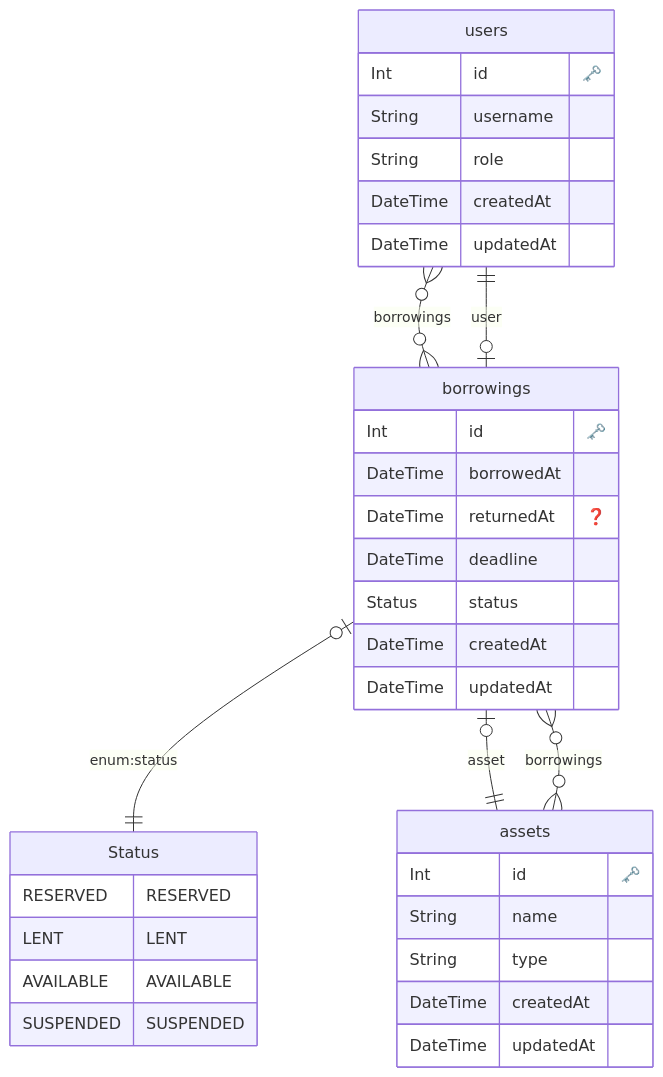
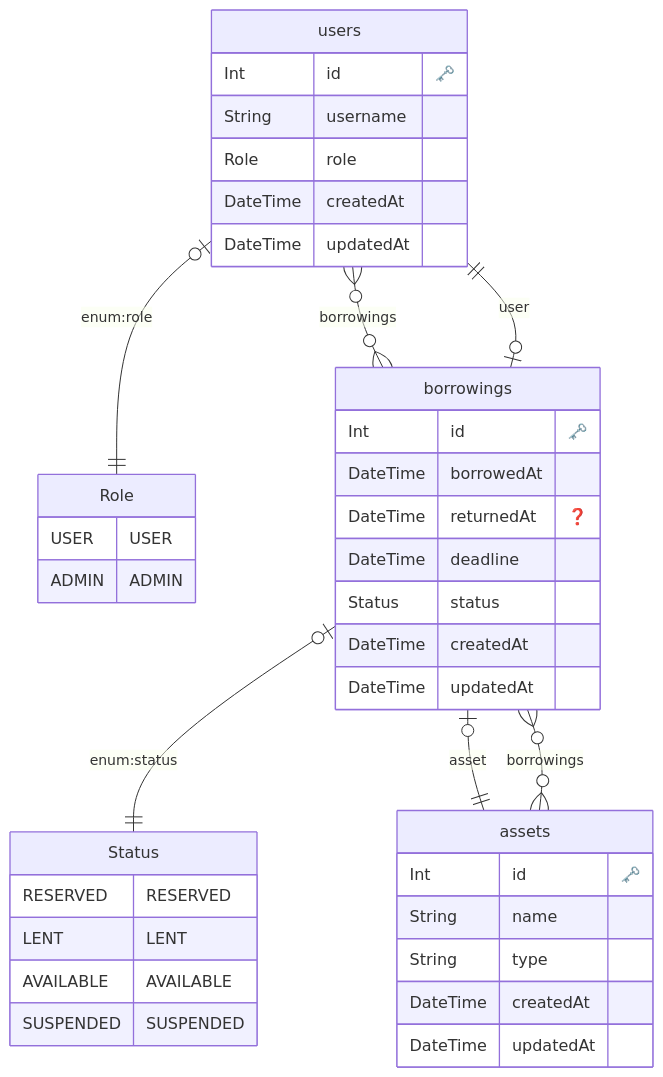
The diagram in src/prisma/scheme.md (Yuki-Maeda-valour/asset-manager), drawn with Mermaid before and after one commit. The commit also changed 3 other files, not shown here.

````diff
--- a/src/prisma/scheme.md
+++ b/src/prisma/scheme.md
@@ -1,44 +1,52 @@
 ```mermaid
 erDiagram
 
         Status {
             RESERVED RESERVED
 LENT LENT
 AVAILABLE AVAILABLE
 SUSPENDED SUSPENDED
         }
     
+
+
+        Role {
+            USER USER
+ADMIN ADMIN
+        }
+    
   "users" {
     Int id "🗝️"
     String username 
-    String role 
+    Role role 
     DateTime createdAt 
     DateTime updatedAt 
     }
   
 
   "assets" {
     Int id "🗝️"
     String name 
     String type 
     DateTime createdAt 
     DateTime updatedAt 
     }
   
 
   "borrowings" {
     Int id "🗝️"
     DateTime borrowedAt 
     DateTime returnedAt "❓"
     DateTime deadline 
     Status status 
     DateTime createdAt 
     DateTime updatedAt 
     }
   
+    "users" o|--|| "Role" : "enum:role"
     "users" o{--}o "borrowings" : "borrowings"
     "assets" o{--}o "borrowings" : "borrowings"
     "borrowings" o|--|| "Status" : "enum:status"
     "borrowings" o|--|| "users" : "user"
     "borrowings" o|--|| "assets" : "asset"
 ```
````
